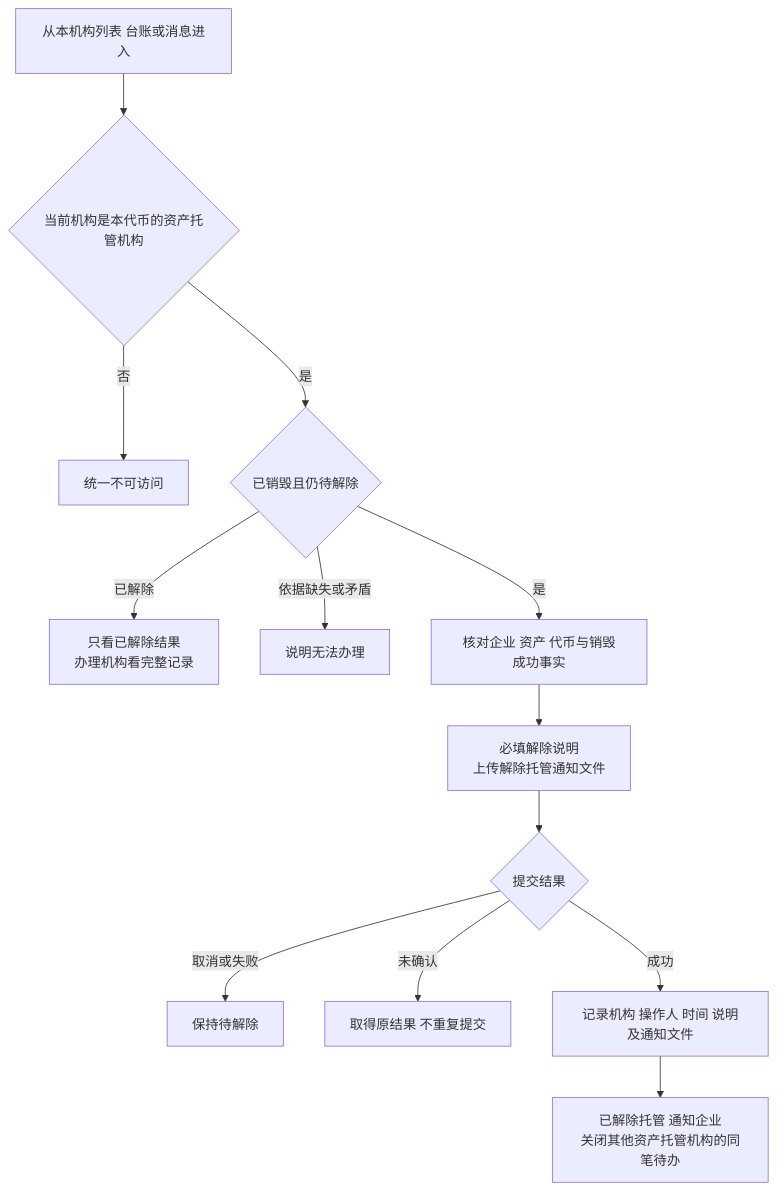
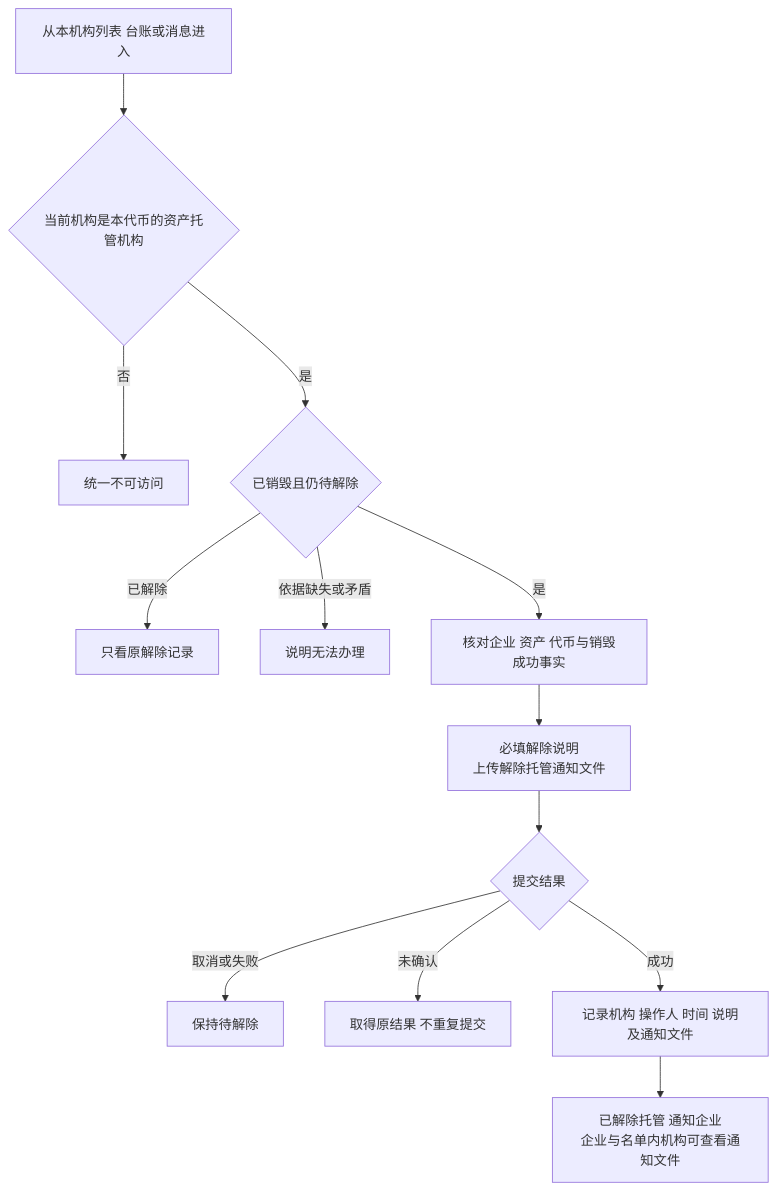
The fourth of 5 diagrams in token-issuance-platform/PRD/管理端/M4b-销毁审核与解除质押/02-销毁审核与解除质押-流程图与状态机.md (wxblockchain/Chain-Financing), drawn with Mermaid before and after one commit. The commit also changed other lines of this file and 7 other files, not shown here.

````diff
--- a/token-issuance-platform/PRD/管理端/M4b-销毁审核与解除质押/02-销毁审核与解除质押-流程图与状态机.md
+++ b/token-issuance-platform/PRD/管理端/M4b-销毁审核与解除质押/02-销毁审核与解除质押-流程图与状态机.md
@@ -86,15 +84,15 @@
 ```mermaid
 flowchart TD
     A[从本机构列表 台账或消息进入] --> B{当前机构是本代币的资产托管机构}
     B -->|否| C[统一不可访问]
     B -->|是| D{已销毁且仍待解除}
-    D -->|已解除| E[只看已解除结果<br/>办理机构看完整记录]
+    D -->|已解除| E[只看原解除记录]
     D -->|依据缺失或矛盾| F[说明无法办理]
     D -->|是| G[核对企业 资产 代币与销毁成功事实]
     G --> H[必填解除说明<br/>上传解除托管通知文件]
     H --> I{提交结果}
     I -->|取消或失败| J[保持待解除]
     I -->|未确认| K[取得原结果 不重复提交]
     I -->|成功| L[记录机构 操作人 时间 说明及通知文件]
-    L --> M[已解除托管 通知企业<br/>关闭其他资产托管机构的同笔待办]
+    L --> M[已解除托管 通知企业<br/>企业与名单内机构可查看通知文件]
 ```
````
